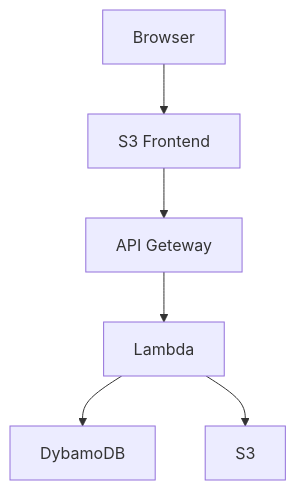
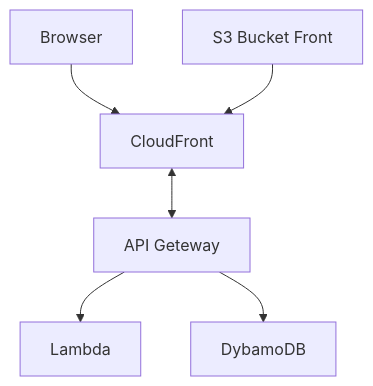
The diagram in presentation/pages/06-architecture.md (slalom-germangonzalezcueva/AWS-cdk-101---Accelerate-with-IaC-embebed-in-the-Code), drawn with Mermaid before and after one commit. The commit also changed 7 other files, not shown here.

````diff
--- a/presentation/pages/06-architecture.md
+++ b/presentation/pages/06-architecture.md
@@ -3,8 +3,8 @@
 ```mermaid {theme: 'neutral', scale: 0.8}
 graph TD
-B[Browser] --> C[S3 Frontend]
-C --> D[API Geteway]
-D --> E[Lambda]
-E --> F[DybamoDB]
-E --> G[S3]
+B[Browser] --> C[CloudFront]
+D[S3 Bucket Front] --> C
+C <--> E[API Geteway]
+E --> F[Lambda]
+E --> G[DybamoDB]
 ```
````
